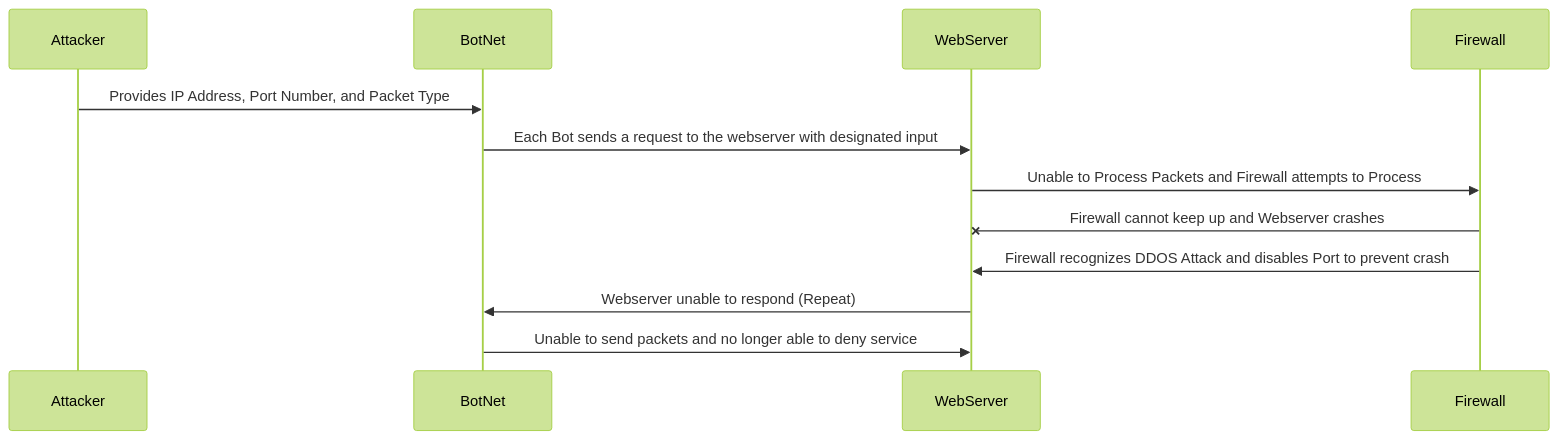
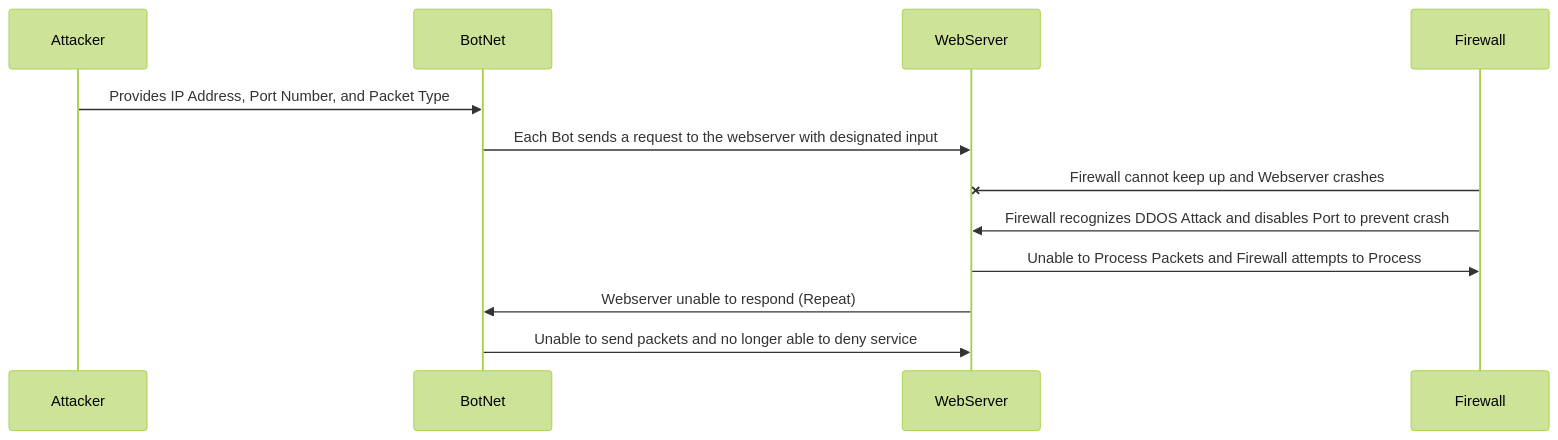
The diagram in Mermaid Diagram/DDOS_Attack_Sequence.md (JrJennings-Edu/JrJennings.github.io), drawn with Mermaid (forest theme) before and after one commit. The commit also changed other lines of this file, not shown here.

First line of the commit message:
Update DDOS_Attack_Sequence.md

````diff
--- a/Mermaid Diagram/DDOS_Attack_Sequence.md
+++ b/Mermaid Diagram/DDOS_Attack_Sequence.md
@@ -1,15 +1,15 @@
 ```mermaid
 sequenceDiagram
 participant Attacker
 participant BotNet
 participant WebServer
 participant Firewall
 
 	Attacker ->> BotNet: Provides IP Address, Port Number, and Packet Type
 	BotNet ->> WebServer: Each Bot sends a request to the webserver with designated input
-	WebServer ->> Firewall: Unable to Process Packets and Firewall attempts to Process
 	Firewall -x WebServer: Firewall cannot keep up and Webserver crashes
 	Firewall ->> WebServer: Firewall recognizes DDOS Attack and disables Port to prevent crash
+	WebServer ->> Firewall: Unable to Process Packets and Firewall attempts to Process
 	WebServer ->> BotNet: Webserver unable to respond (Repeat)
 	BotNet ->> WebServer: Unable to send packets and no longer able to deny service
 ```
````
